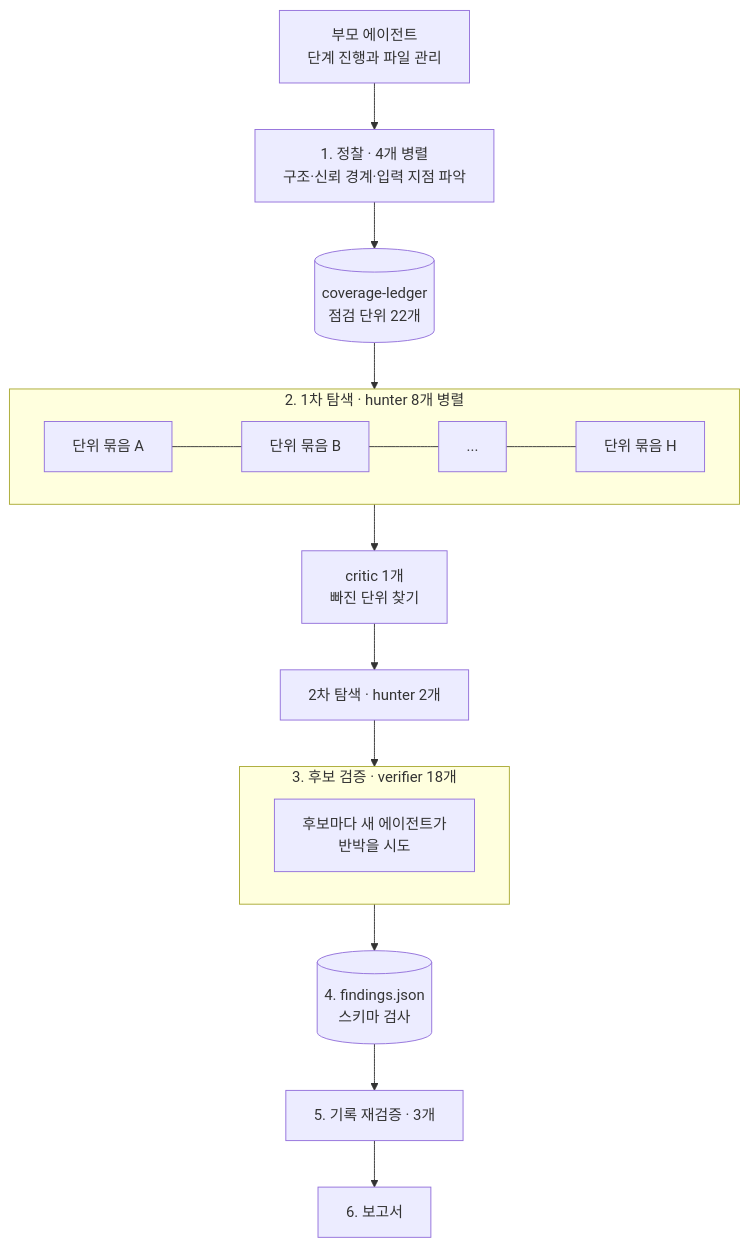
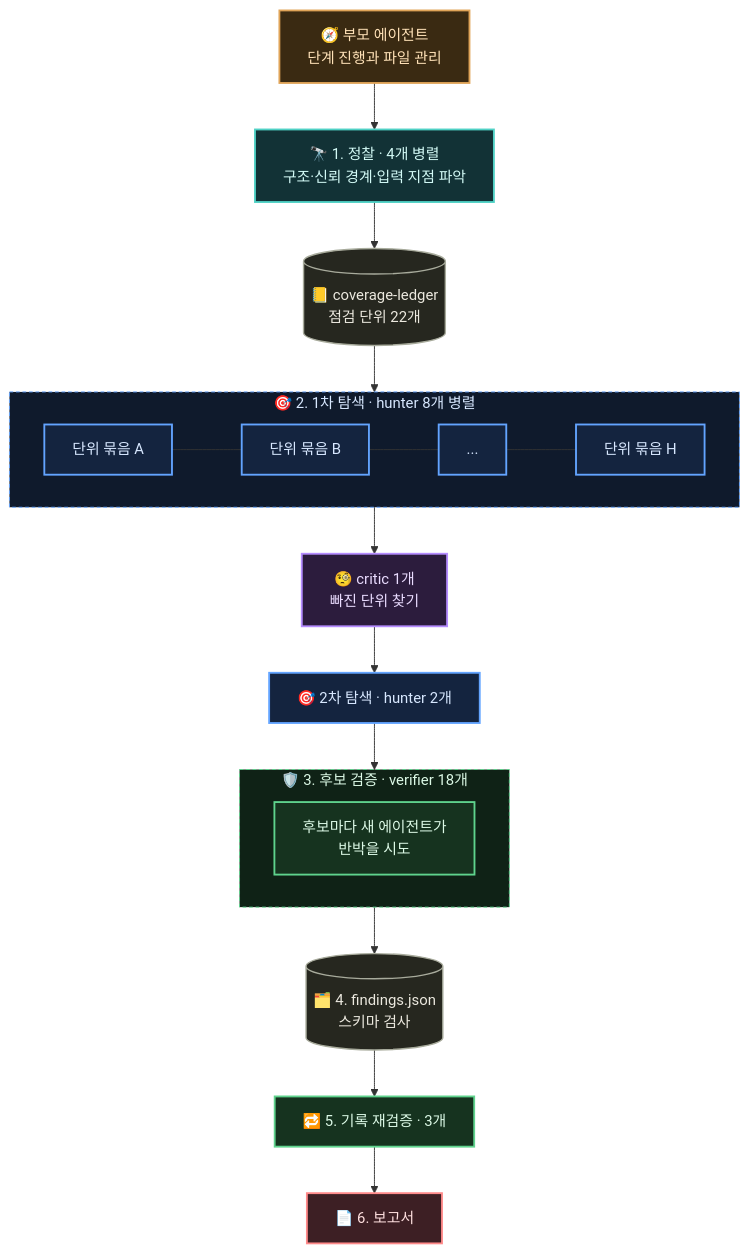
Before and after one commit to dltmddyd321/dltmddyd321.github.io: the first of 3 diagrams in src/content/posts/cloudflare-security-audit-skill.md, drawn with Mermaid. The commit also changed other lines of this file, not shown here.

Commit message:
post: security-audit-skill 다이어그램에 역할별 색상과 아이콘 추가

````diff
--- a/src/content/posts/cloudflare-security-audit-skill.md
+++ b/src/content/posts/cloudflare-security-audit-skill.md
@@ -57,18 +57,35 @@
 ```mermaid
 flowchart TD
-    P[부모 에이전트<br/>단계 진행과 파일 관리] --> R[1. 정찰 · 4개 병렬<br/>구조·신뢰 경계·입력 지점 파악]
-    R --> L[(coverage-ledger<br/>점검 단위 22개)]
+    P["🧭 부모 에이전트<br/>단계 진행과 파일 관리"] --> R["🔭 1. 정찰 · 4개 병렬<br/>구조·신뢰 경계·입력 지점 파악"]
+    R --> L[("📒 coverage-ledger<br/>점검 단위 22개")]
     L --> H
-    subgraph H[2. 1차 탐색 · hunter 8개 병렬]
+    subgraph H["🎯 2. 1차 탐색 · hunter 8개 병렬"]
         H1[단위 묶음 A] --- H2[단위 묶음 B] --- H3[...] --- H8[단위 묶음 H]
     end
-    H --> C[critic 1개<br/>빠진 단위 찾기]
-    C --> H2W[2차 탐색 · hunter 2개]
+    H --> C["🧐 critic 1개<br/>빠진 단위 찾기"]
+    C --> H2W["🎯 2차 탐색 · hunter 2개"]
     H2W --> V
-    subgraph V[3. 후보 검증 · verifier 18개]
+    subgraph V["🛡️ 3. 후보 검증 · verifier 18개"]
         V1[후보마다 새 에이전트가<br/>반박을 시도]
     end
-    V --> F[(4. findings.json<br/>스키마 검사)]
-    F --> RV[5. 기록 재검증 · 3개]
-    RV --> REP[6. 보고서]
+    V --> F[("🗂️ 4. findings.json<br/>스키마 검사")]
+    F --> RV["🔁 5. 기록 재검증 · 3개"]
+    RV --> REP["📄 6. 보고서"]
+
+    classDef parent fill:#3a2a12,stroke:#e0a458,stroke-width:2px,color:#ffe2b8
+    classDef recon fill:#123236,stroke:#4fd1c5,stroke-width:2px,color:#d4fbf7
+    classDef hunter fill:#14243f,stroke:#63a4ff,stroke-width:2px,color:#d8e8ff
+    classDef critic fill:#2c1c3d,stroke:#b58cff,stroke-width:2px,color:#eadcff
+    classDef verify fill:#16331f,stroke:#5fd38d,stroke-width:2px,color:#dcf9e6
+    classDef data fill:#26271f,stroke:#a8ab9c,stroke-width:1.5px,color:#ece9df
+    classDef report fill:#3d1f24,stroke:#ff8a8a,stroke-width:2px,color:#ffe0e0
+    class P parent
+    class R recon
+    class H1,H2,H3,H8,H2W hunter
+    class C critic
+    class V1,RV verify
+    class L,F data
+    class REP report
+    style H fill:#0f1a2c,stroke:#63a4ff,stroke-dasharray:4 3,color:#d8e8ff
+    style V fill:#0f2216,stroke:#5fd38d,stroke-dasharray:4 3,color:#dcf9e6
 ```
````
